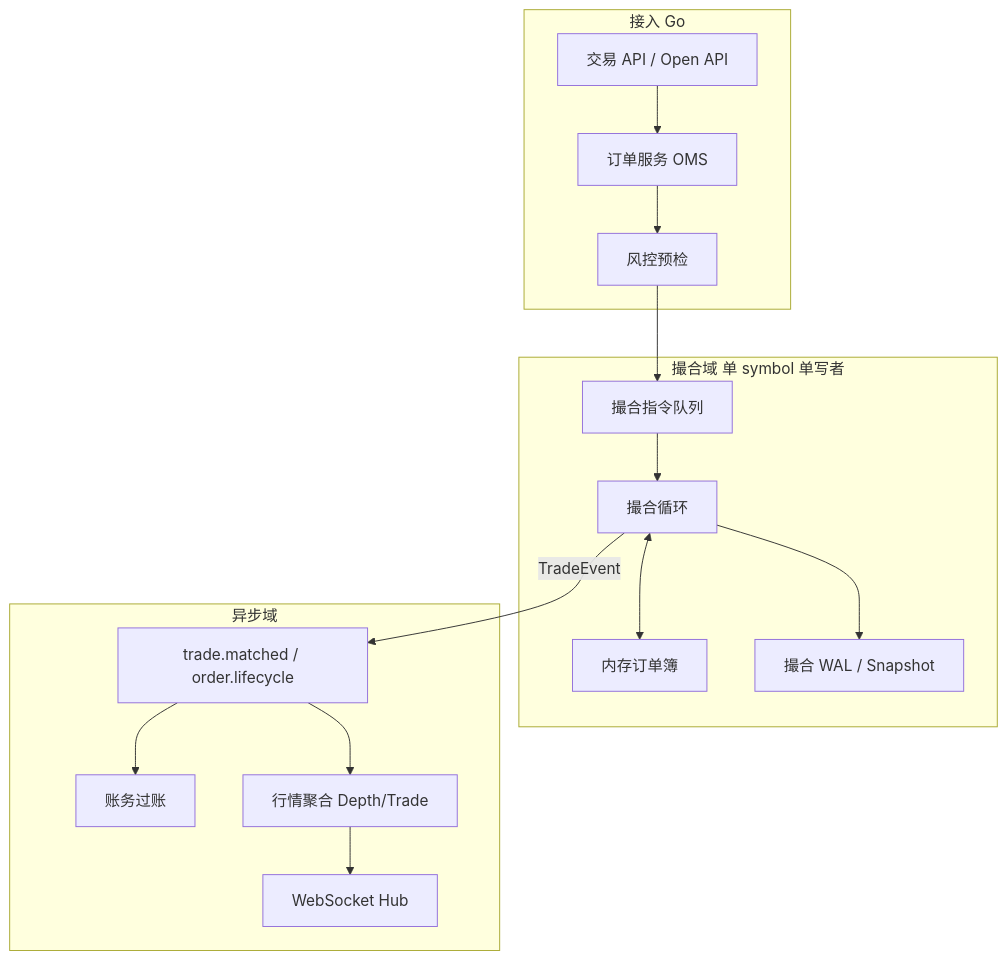
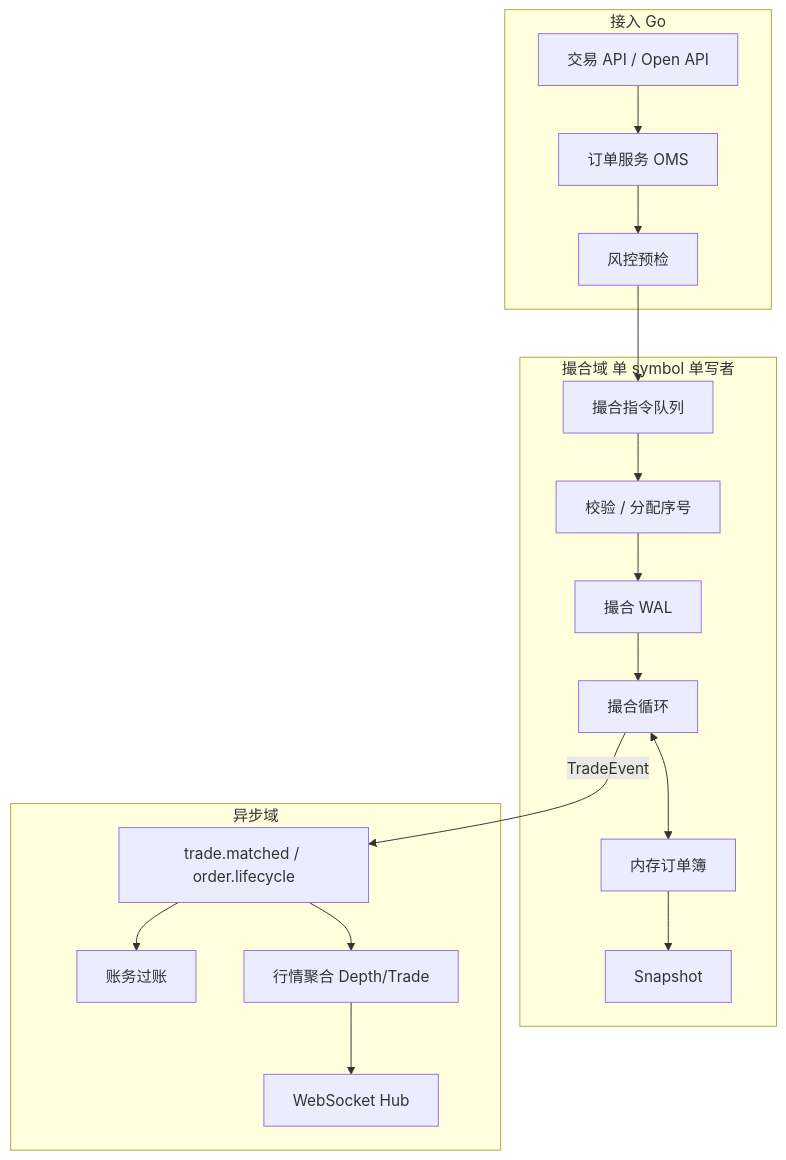
One commit to twodog-tt/Golang-development-manual changed the first of 4 diagrams in docs/interview/14-dex-cex-engineering/S-EXCH-01-cex-matching-engine.md. Above: the diagram before and after it, drawn with Mermaid. The commit also changed other lines of this file and 438 other files, not shown here.

````diff
--- a/docs/interview/14-dex-cex-engineering/S-EXCH-01-cex-matching-engine.md
+++ b/docs/interview/14-dex-cex-engineering/S-EXCH-01-cex-matching-engine.md
@@ -34,27 +43,29 @@
 ```mermaid
 flowchart TB
   subgraph Ingress[接入 Go]
     API[交易 API / Open API]
     OMS[订单服务 OMS]
     Risk[风控预检]
   end
   subgraph ME域[撮合域 单 symbol 单写者]
     Q[撮合指令队列]
+    Validate[校验 / 分配序号]
+    WAL[撮合 WAL]
     OB[内存订单簿]
     Match[撮合循环]
-    WAL[撮合 WAL / Snapshot]
-    Q --> Match
+    Snap[Snapshot]
+    Q --> Validate --> WAL --> Match
     Match <--> OB
-    Match --> WAL
+    OB --> Snap
   end
   subgraph Async[异步域]
     MQ[trade.matched / order.lifecycle]
     Ledger[账务过账]
     MD[行情聚合 Depth/Trade]
     WS[WebSocket Hub]
   end
   API --> OMS --> Risk --> Q
   Match -->|TradeEvent| MQ
   MQ --> Ledger
   MQ --> MD --> WS
 ```
````
